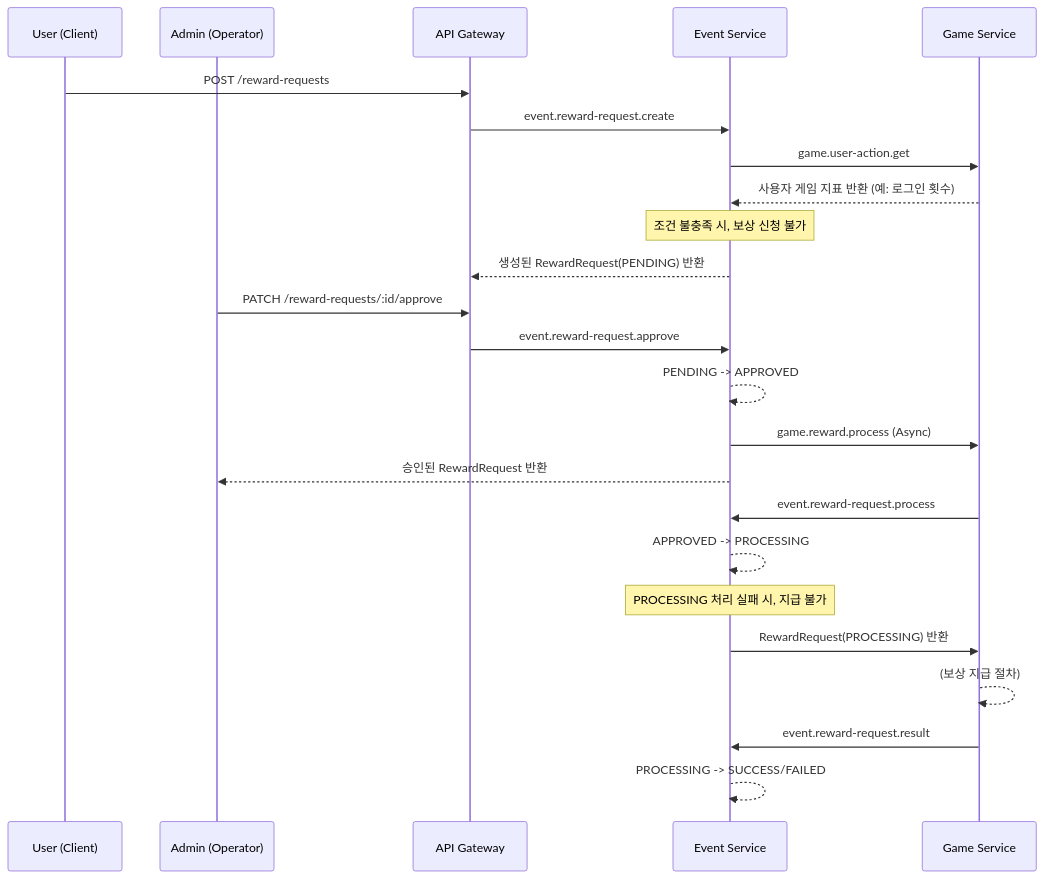
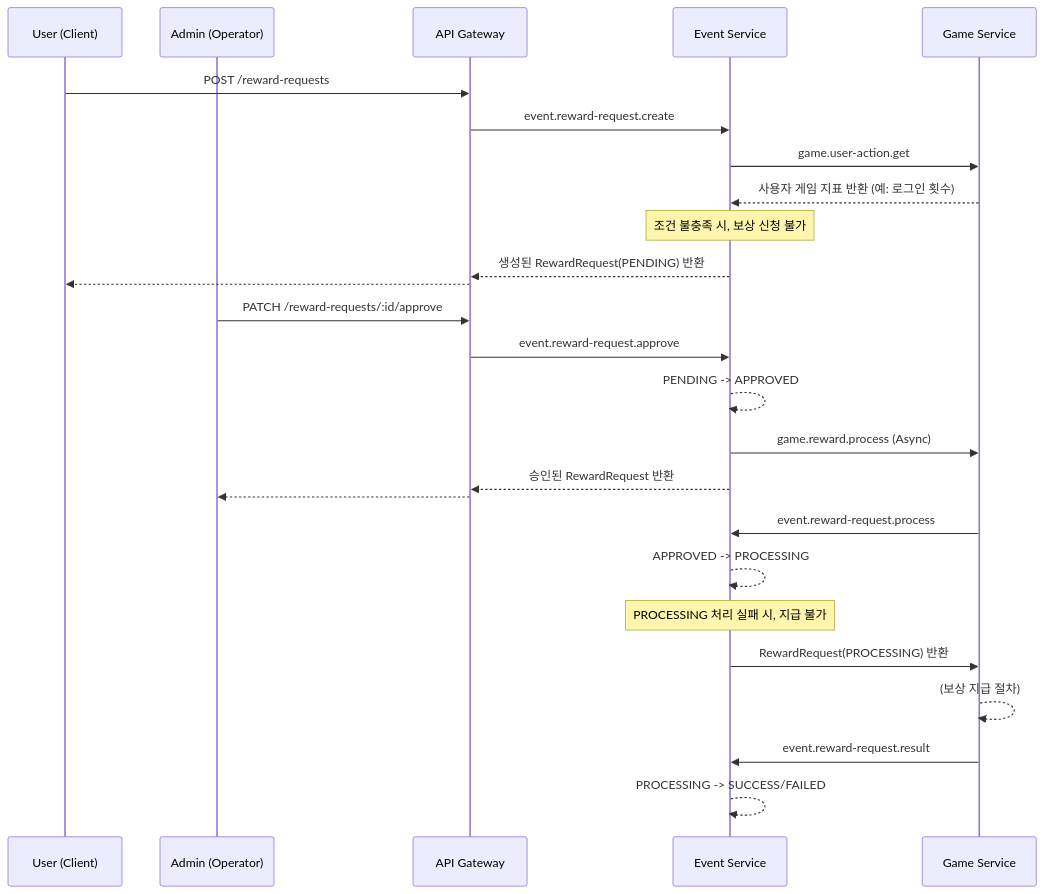
The third of 3 diagrams in README.md (SAE-HUN/nexon), drawn with Mermaid before and after one commit. The commit also changed other lines of this file, not shown here.

````diff
--- a/README.md
+++ b/README.md
@@ -111,27 +111,29 @@
 ```mermaid
 sequenceDiagram
     participant User as User (Client)
     participant Admin as Admin (Operator)
     participant Gateway as API Gateway
     participant EventSvc as Event Service
     participant GameSvc as Game Service
 
     User->>Gateway: POST /reward-requests
     Gateway->>EventSvc: event.reward-request.create
     EventSvc->>GameSvc: game.user-action.get
     GameSvc-->>EventSvc: 사용자 게임 지표 반환 (예: 로그인 횟수)
     Note over EventSvc: 조건 불충족 시, 보상 신청 불가
     EventSvc-->>Gateway: 생성된 RewardRequest(PENDING) 반환
+    Gateway-->>User: 
     Admin->>Gateway: PATCH /reward-requests/:id/approve
     Gateway->>EventSvc: event.reward-request.approve
     EventSvc -->> EventSvc: PENDING -> APPROVED
     EventSvc->>GameSvc: game.reward.process (Async)
-    EventSvc-->>Admin: 승인된 RewardRequest 반환
+    EventSvc-->>Gateway: 승인된 RewardRequest 반환
+    Gateway-->>Admin: 
     GameSvc->>EventSvc: event.reward-request.process
     EventSvc-->>EventSvc: APPROVED -> PROCESSING
     Note over EventSvc: PROCESSING 처리 실패 시, 지급 불가
     EventSvc->>GameSvc: RewardRequest(PROCESSING) 반환
     GameSvc-->>GameSvc: (보상 지급 절차)
     GameSvc->>EventSvc: event.reward-request.result
     EventSvc-->>EventSvc: PROCESSING -> SUCCESS/FAILED
 ```
````
